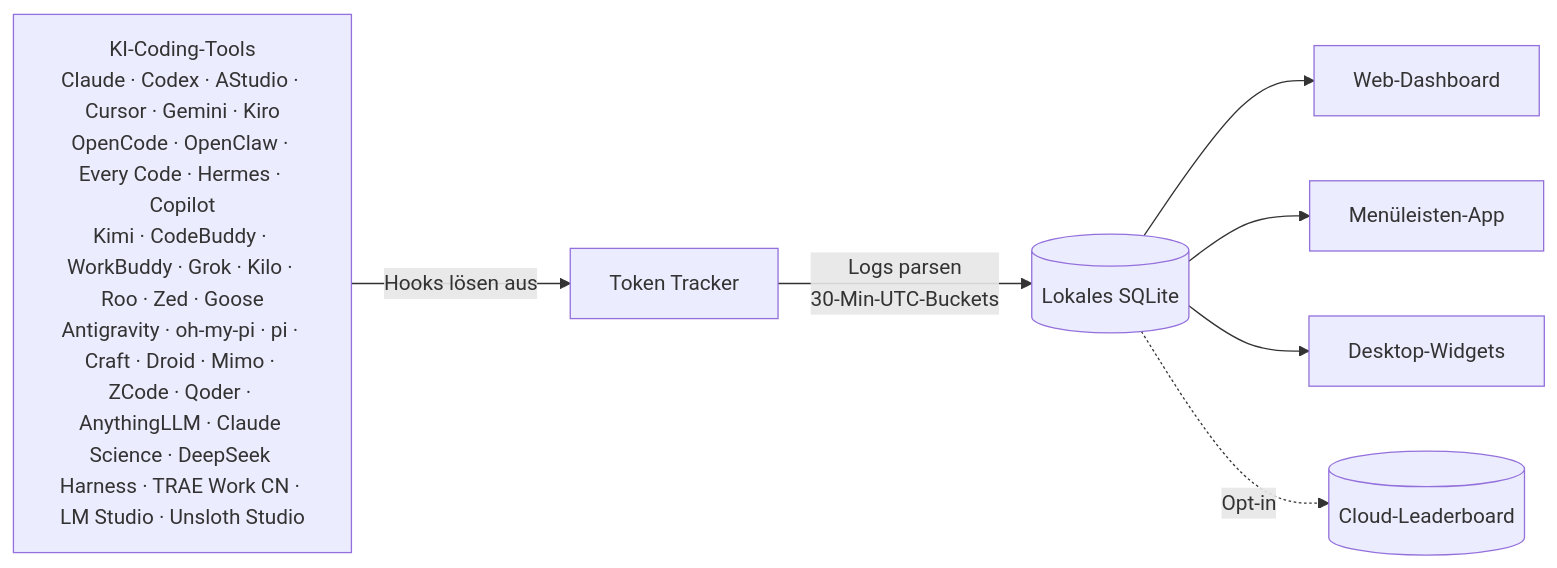
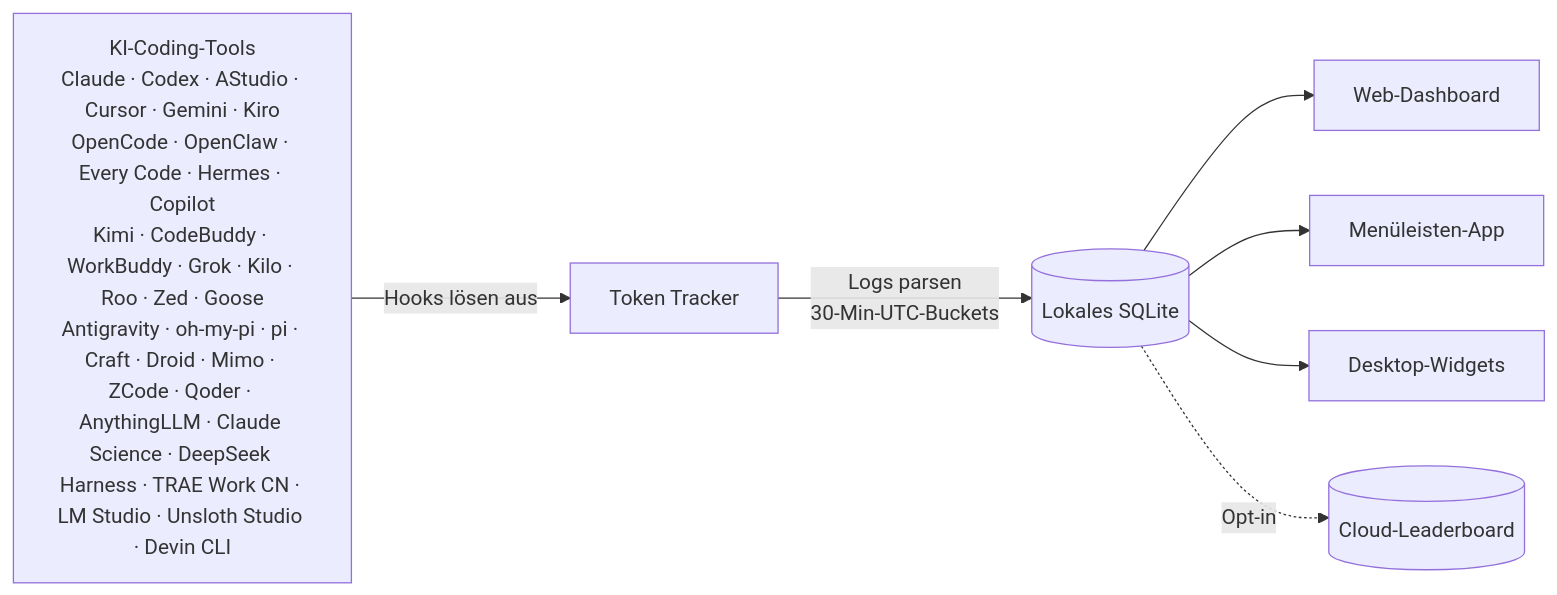
One commit to GboyCode/TokenTracker changed the diagram in README.de.md. Above: the diagram before and after it, drawn with Mermaid. The commit also changed other lines of this file and 22 other files, not shown here.

First line of the commit message:
feat: track local Devin CLI token usage as a passive source

````diff
--- a/README.de.md
+++ b/README.de.md
@@ -237,10 +238,10 @@
 ```mermaid
 flowchart LR
-    A["KI-Coding-Tools<br/>Claude · Codex · AStudio · Cursor · Gemini · Kiro<br/>OpenCode · OpenClaw · Every Code · Hermes · Copilot<br/>Kimi · CodeBuddy · WorkBuddy · Grok · Kilo · Roo · Zed · Goose<br/>Antigravity · oh-my-pi · pi · Craft · Droid · Mimo · ZCode · Qoder · AnythingLLM · Claude Science · DeepSeek Harness · TRAE Work CN · LM Studio · Unsloth Studio"]
+    A["KI-Coding-Tools<br/>Claude · Codex · AStudio · Cursor · Gemini · Kiro<br/>OpenCode · OpenClaw · Every Code · Hermes · Copilot<br/>Kimi · CodeBuddy · WorkBuddy · Grok · Kilo · Roo · Zed · Goose<br/>Antigravity · oh-my-pi · pi · Craft · Droid · Mimo · ZCode · Qoder · AnythingLLM · Claude Science · DeepSeek Harness · TRAE Work CN · LM Studio · Unsloth Studio · Devin CLI"]
     A -->|Hooks lösen aus| B[Token Tracker]
     B -->|Logs parsen<br/>30-Min-UTC-Buckets| C[(Lokales SQLite)]
     C --> D[Web-Dashboard]
     C --> E[Menüleisten-App]
     C --> F[Desktop-Widgets]
     C -.->|Opt-in| G[(Cloud-Leaderboard)]
 ```
````
